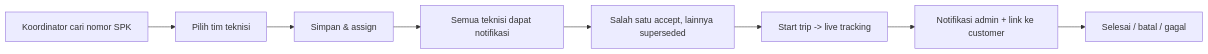
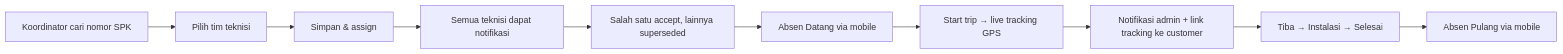
One commit to renshigenoi/fsmiml changed the diagram in README.md. Above: the diagram before and after it, drawn with Mermaid. The commit also changed other lines of this file, not shown here.

Commit message:
docs: update README with new architecture and features

````diff
--- a/README.md
+++ b/README.md
@@ -12,10 +13,12 @@
 ```mermaid
 flowchart LR
     A[Koordinator cari nomor SPK] --> B[Pilih tim teknisi]
     B --> C[Simpan & assign]
     C --> D[Semua teknisi dapat notifikasi]
     D --> E[Salah satu accept, lainnya superseded]
-    E --> F[Start trip -> live tracking]
-    F --> G[Notifikasi admin + link ke customer]
-    G --> H[Selesai / batal / gagal]
+    E --> F[Absen Datang via mobile]
+    F --> G[Start trip → live tracking GPS]
+    G --> H[Notifikasi admin + link tracking ke customer]
+    H --> I[Tiba → Instalasi → Selesai]
+    I --> J[Absen Pulang via mobile]
 ```
````
